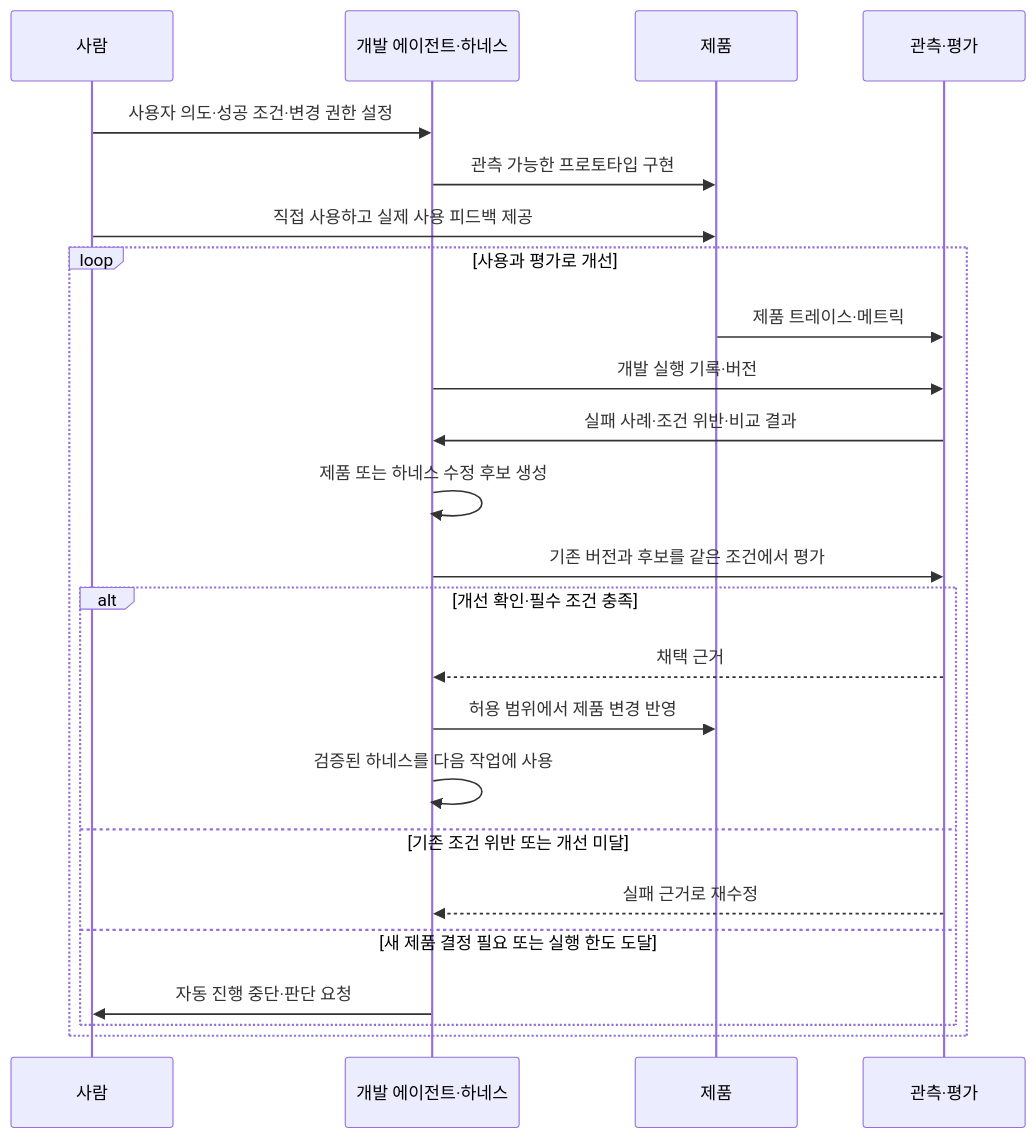
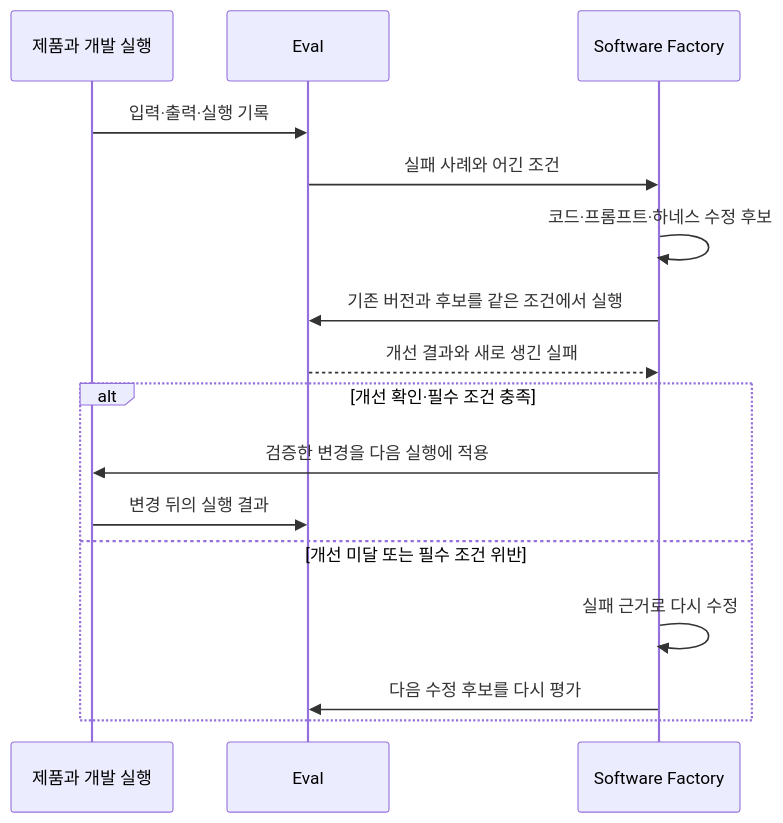
The diagram in _posts/2026-10-05-software-factory-evals-and-tension-metrics.md (haandol/haandol.github.com), drawn with Mermaid before and after one commit. The commit also changed other lines of this file and 1 other file, not shown here.

Commit message:
docs: focus Software Factory article on Evals and KPI management

````diff
--- a/_posts/2026-10-05-software-factory-evals-and-tension-metrics.md
+++ b/_posts/2026-10-05-software-factory-evals-and-tension-metrics.md
@@ -92,26 +62,18 @@
 ```mermaid
 sequenceDiagram
-    participant H as 사람
-    participant F as 개발 에이전트·하네스
-    participant P as 제품
-    participant E as 관측·평가
-    H->>F: 사용자 의도·성공 조건·변경 권한 설정
-    F->>P: 관측 가능한 프로토타입 구현
-    H->>P: 직접 사용하고 실제 사용 피드백 제공
-    loop 사용과 평가로 개선
-        P->>E: 제품 트레이스·메트릭
-        F->>E: 개발 실행 기록·버전
-        E->>F: 실패 사례·조건 위반·비교 결과
-        F->>F: 제품 또는 하네스 수정 후보 생성
-        F->>E: 기존 버전과 후보를 같은 조건에서 평가
-        alt 개선 확인·필수 조건 충족
-            E-->>F: 채택 근거
-            F->>P: 허용 범위에서 제품 변경 반영
-            F->>F: 검증된 하네스를 다음 작업에 사용
-        else 기존 조건 위반 또는 개선 미달
-            E-->>F: 실패 근거로 재수정
-        else 새 제품 결정 필요 또는 실행 한도 도달
-            F->>H: 자동 진행 중단·판단 요청
-        end
+    participant P as 제품과 개발 실행
+    participant E as Eval
+    participant F as Software Factory
+    P->>E: 입력·출력·실행 기록
+    E->>F: 실패 사례와 어긴 조건
+    F->>F: 코드·프롬프트·하네스 수정 후보
+    F->>E: 기존 버전과 후보를 같은 조건에서 실행
+    E-->>F: 개선 결과와 새로 생긴 실패
+    alt 개선 확인·필수 조건 충족
+        F->>P: 검증한 변경을 다음 실행에 적용
+        P->>E: 변경 뒤의 실행 결과
+    else 개선 미달 또는 필수 조건 위반
+        F->>F: 실패 근거로 다시 수정
+        F->>E: 다음 수정 후보를 다시 평가
     end
 ```
````
